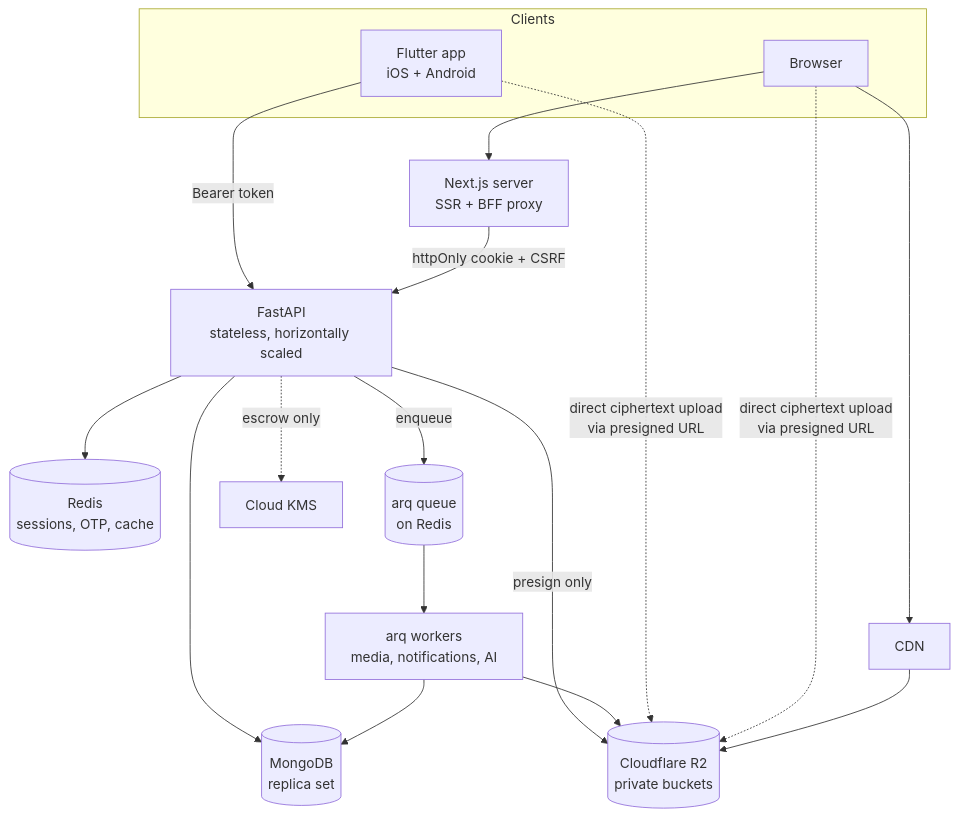
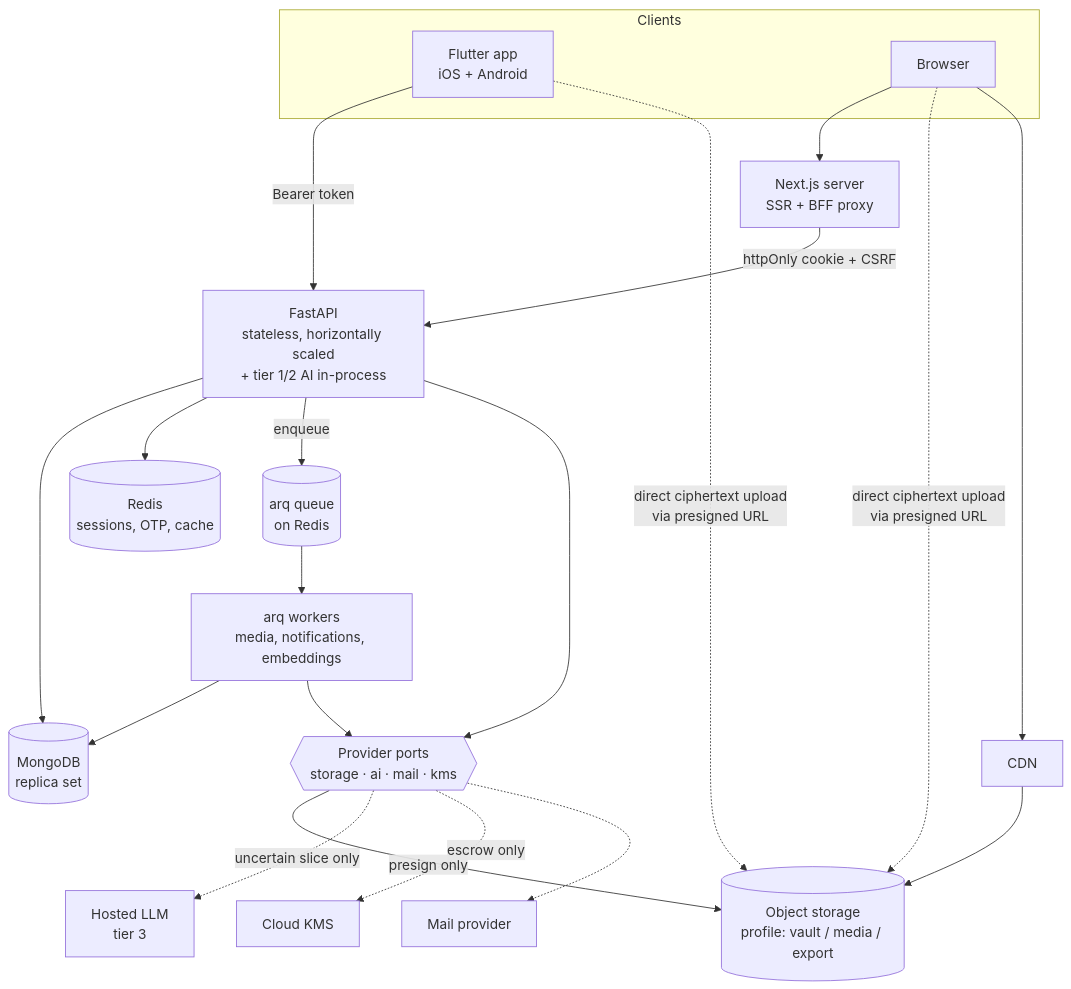
Before and after one commit to Deepak-GitHub1474/story: the diagram in docs/01-tech-stack.md, drawn with Mermaid. The commit also changed other lines of this file and 187 other files, not shown here.

````diff
--- a/docs/01-tech-stack.md
+++ b/docs/01-tech-stack.md
@@ -280,29 +415,33 @@
 ```mermaid
 flowchart TD
     subgraph clients [Clients]
         Mobile["Flutter app<br/>iOS + Android"]
         Browser["Browser"]
     end
 
     Browser --> NextServer["Next.js server<br/>SSR + BFF proxy"]
     Mobile -->|"Bearer token"| API
     NextServer -->|"httpOnly cookie + CSRF"| API
 
-    API["FastAPI<br/>stateless, horizontally scaled"]
+    API["FastAPI<br/>stateless, horizontally scaled<br/>+ tier 1/2 AI in-process"]
 
     API --> Mongo[("MongoDB<br/>replica set")]
     API --> Redis[("Redis<br/>sessions, OTP, cache")]
-    API -->|"presign only"| R2[("Cloudflare R2<br/>private buckets")]
     API -->|"enqueue"| Queue[("arq queue<br/>on Redis")]
-    API -.->|"escrow only"| KMS["Cloud KMS"]
 
-    Queue --> Worker["arq workers<br/>media, notifications, AI"]
+    API --> Ports{{"Provider ports<br/>storage · ai · mail · kms"}}
+    Ports -->|"presign only"| Store[("Object storage<br/>profile: vault / media / export")]
+    Ports -.->|"uncertain slice only"| LLM["Hosted LLM<br/>tier 3"]
+    Ports -.->|"escrow only"| KMS["Cloud KMS"]
+    Ports -.-> Mail["Mail provider"]
+
+    Queue --> Worker["arq workers<br/>media, notifications, embeddings"]
     Worker --> Mongo
-    Worker --> R2
+    Worker --> Ports
 
-    Mobile -.->|"direct ciphertext upload<br/>via presigned URL"| R2
-    Browser -.->|"direct ciphertext upload<br/>via presigned URL"| R2
+    Mobile -.->|"direct ciphertext upload<br/>via presigned URL"| Store
+    Browser -.->|"direct ciphertext upload<br/>via presigned URL"| Store
 
-    CDN["CDN"] --> R2
+    CDN["CDN"] --> Store
     Browser --> CDN
 ```
````
